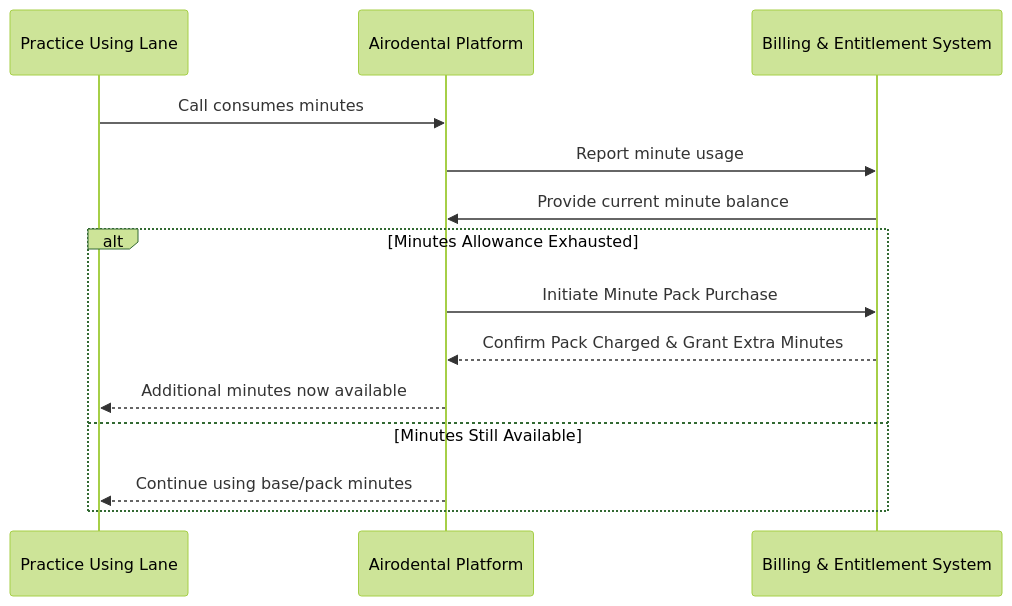
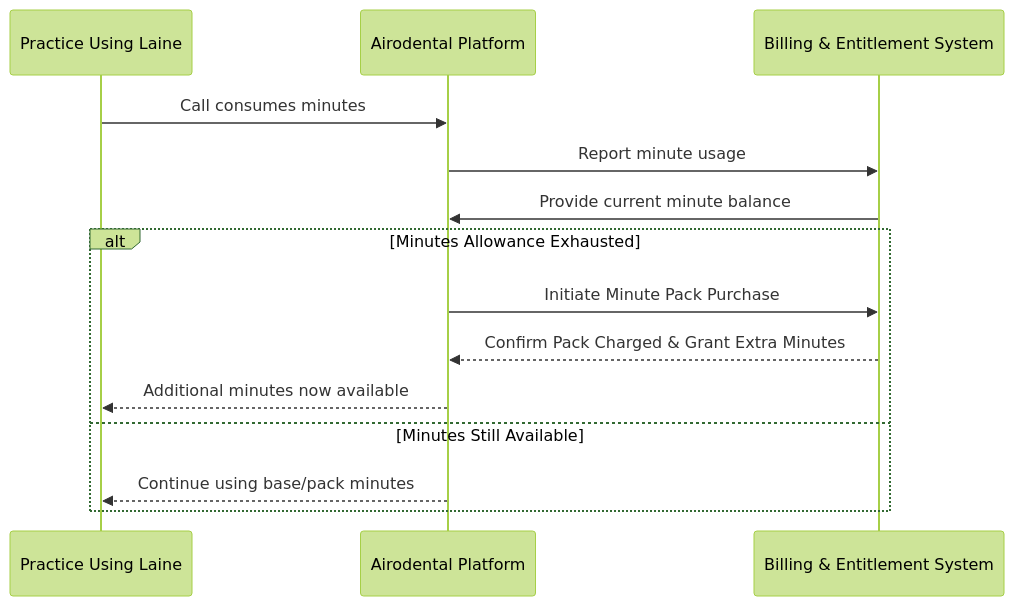
Before and after one commit to haloweavedev/airodental-billing: the third of 4 diagrams in airodental-billing-overview.md, drawn with Mermaid (forest theme). The commit also changed other lines of this file and 1 other file, not shown here.

````diff
--- a/airodental-billing-overview.md
+++ b/airodental-billing-overview.md
@@ -47,17 +47,17 @@
 ```mermaid
 sequenceDiagram
-    participant PracticeCall as Practice Using Lane
+    participant PracticeCall as Practice Using Laine
     participant AirodentalSystem as Airodental Platform
     participant BillingSystem as Billing & Entitlement System
 
     PracticeCall->>AirodentalSystem: Call consumes minutes
     AirodentalSystem->>BillingSystem: Report minute usage
     BillingSystem->>AirodentalSystem: Provide current minute balance
     alt Minutes Allowance Exhausted
         AirodentalSystem->>BillingSystem: Initiate Minute Pack Purchase
         BillingSystem-->>AirodentalSystem: Confirm Pack Charged & Grant Extra Minutes
         AirodentalSystem-->>PracticeCall: Additional minutes now available
     else Minutes Still Available
         AirodentalSystem-->>PracticeCall: Continue using base/pack minutes
     end
 ```
````
